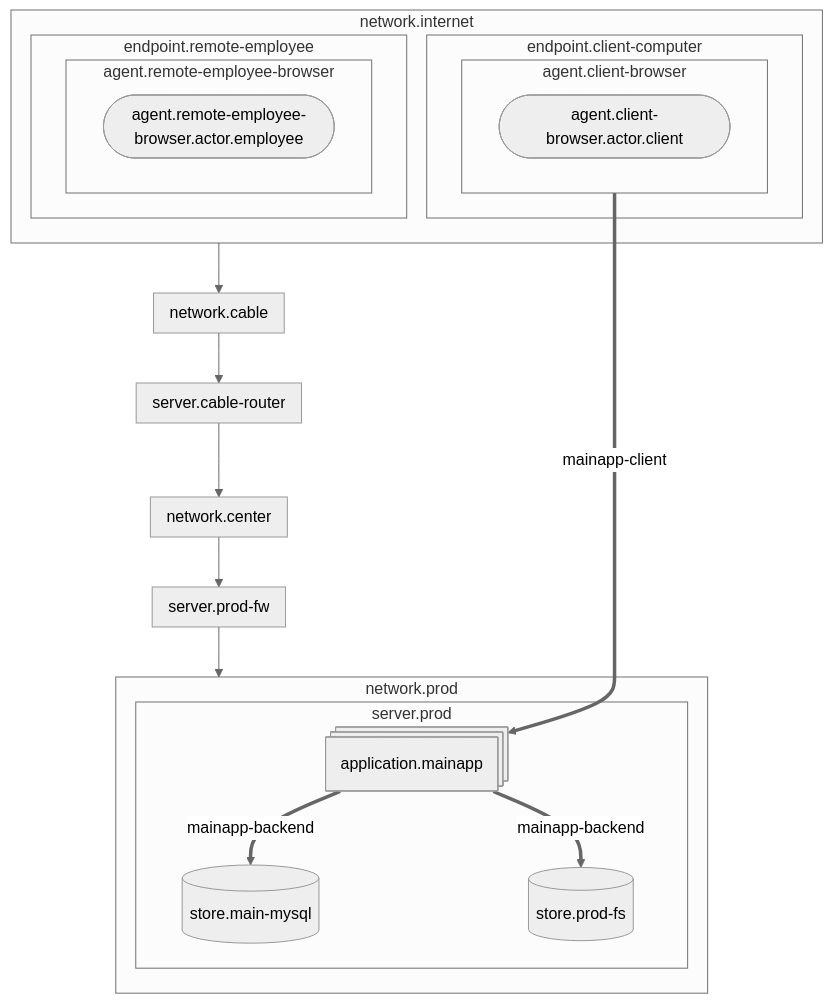
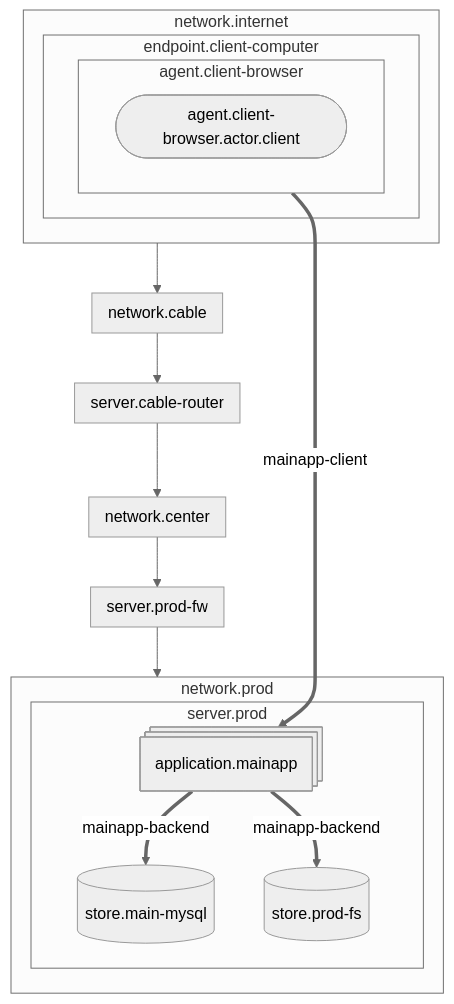
Before and after one commit to Taconic-Systems/secmodel: the diagram in example/webapp/report.md, drawn with Mermaid. The commit also changed other lines of this file and 3 other files, not shown here.

Commit message:
remote uneeded agent

```diff
--- a/example/webapp/report.md
+++ b/example/webapp/report.md
@@ -35,19 +35,6 @@
 end
 
 %% End server subgraph: endpoint.client-computer
-%% Start server subgraph: endpoint.remote-employee
-subgraph endpoint.remote-employee
-%% Start agent subgraph: agent.remote-employee-browser
-subgraph agent.remote-employee-browser
-%% Actor node: agent.remote-employee-browser.actor.employee
-agent.remote-employee-browser.actor.employee@{ shape: stadium, label: agent.remote-employee-browser.actor.employee}
-
-end
-%% End agent subgraph: agent.remote-employee-browser
-
-end
-
-%% End server subgraph: endpoint.remote-employee
 
 end
 click network.internet "#network.internet" "Internet"
@@ -95,13 +82,6 @@
 
 end
 %% End agent subgraph: agent.client-browser
-%% Start agent subgraph: agent.remote-employee-browser
-subgraph agent.remote-employee-browser
-%% Actor node: agent.remote-employee-browser.actor.employee
-agent.remote-employee-browser.actor.employee@{ shape: stadium, label: agent.remote-employee-browser.actor.employee}
-
-end
-%% End agent subgraph: agent.remote-employee-browser
 %% Start server subgraph: server.cable-router
 subgraph server.cable-router
 
@@ -147,19 +127,6 @@
 end
 
 %% End server subgraph: endpoint.client-computer
-%% Start server subgraph: endpoint.remote-employee
-subgraph endpoint.remote-employee
-%% Start agent subgraph: agent.remote-employee-browser
-subgraph agent.remote-employee-browser
-%% Actor node: agent.remote-employee-browser.actor.employee
-agent.remote-employee-browser.actor.employee@{ shape: stadium, label: agent.remote-employee-browser.actor.employee}
-
-end
-%% End agent subgraph: agent.remote-employee-browser
-
-end
-
-%% End server subgraph: endpoint.remote-employee
 %% Application node: application.mainapp
 application.mainapp@{ shape: procs, label: application.mainapp}
 
```
